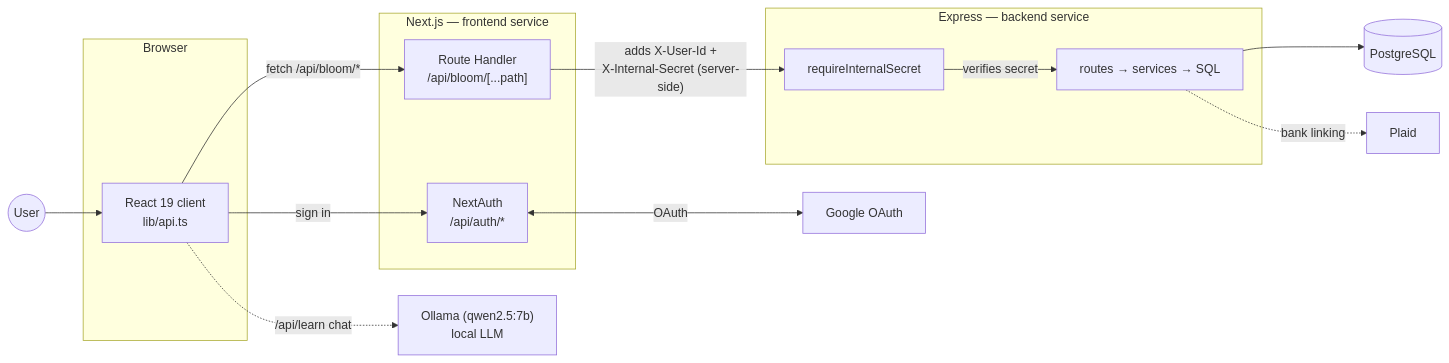
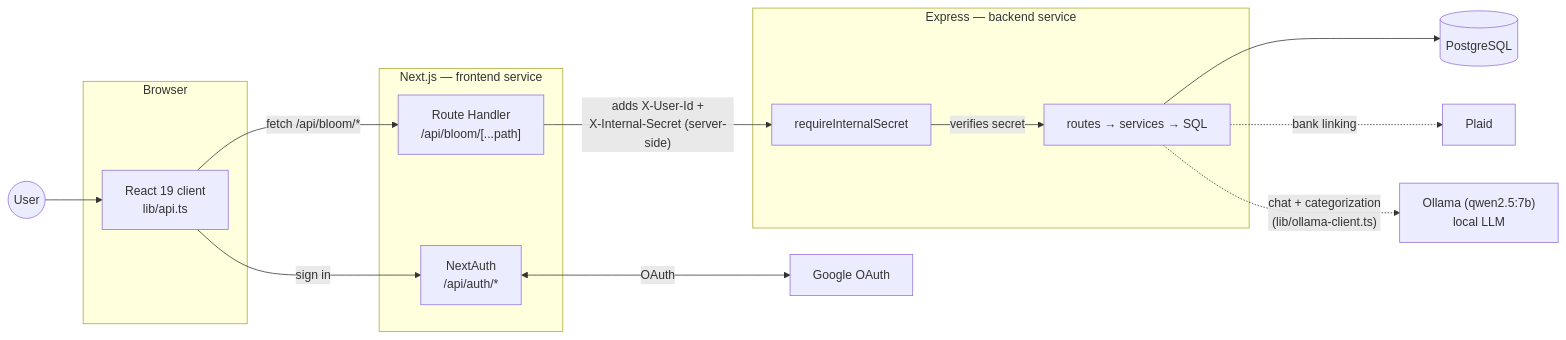
The diagram in README.md (mintthiha/bloom), drawn with Mermaid before and after one commit. The commit also changed other lines of this file and 19 other files, not shown here.

````diff
--- a/README.md
+++ b/README.md
@@ -65,33 +65,33 @@
 ```mermaid
 flowchart LR
     User(("User"))
 
     subgraph browser["Browser"]
         UI["React 19 client<br/>lib/api.ts"]
     end
 
     subgraph frontend["Next.js — frontend service"]
         NA["NextAuth<br/>/api/auth/*"]
         PROXY["Route Handler<br/>/api/bloom/[...path]"]
     end
 
     subgraph backend["Express — backend service"]
         SEC["requireInternalSecret"]
         API["routes → services → SQL"]
     end
 
     DB[("PostgreSQL")]
     GOOG["Google OAuth"]
     PLAID["Plaid"]
     AI["Ollama (qwen2.5:7b)<br/>local LLM"]
 
     User --> UI
     UI -->|"fetch /api/bloom/*"| PROXY
     UI -->|"sign in"| NA
     NA <-->|"OAuth"| GOOG
     PROXY -->|"adds X-User-Id +<br/>X-Internal-Secret (server-side)"| SEC
     SEC -->|"verifies secret"| API
     API --> DB
     API -.->|"bank linking"| PLAID
-    UI -.->|"/api/learn chat"| AI
+    API -.->|"chat + categorization<br/>(lib/ollama-client.ts)"| AI
 ```
````
